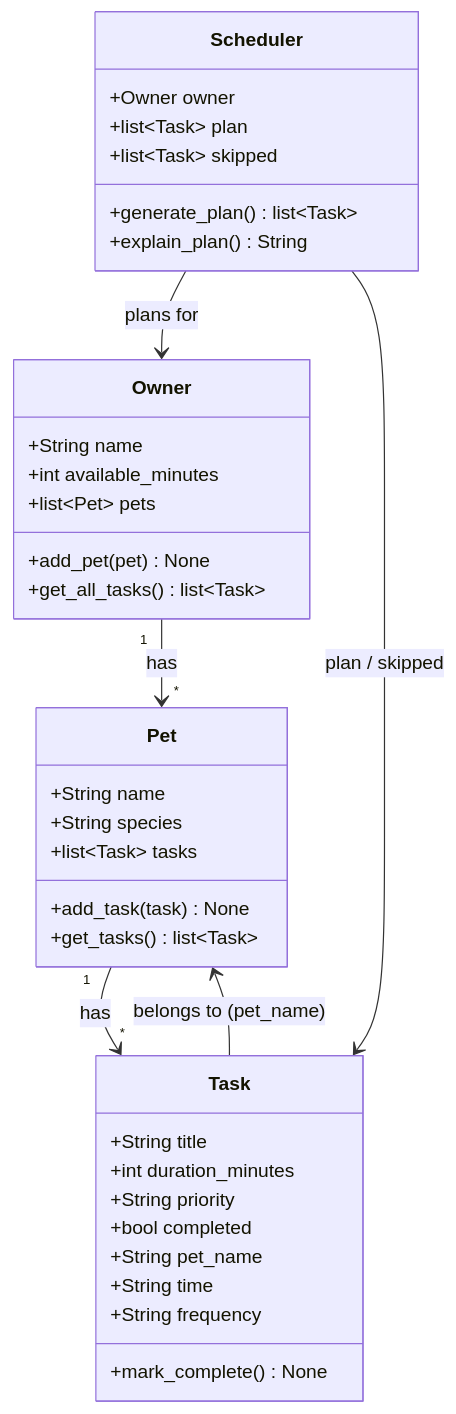
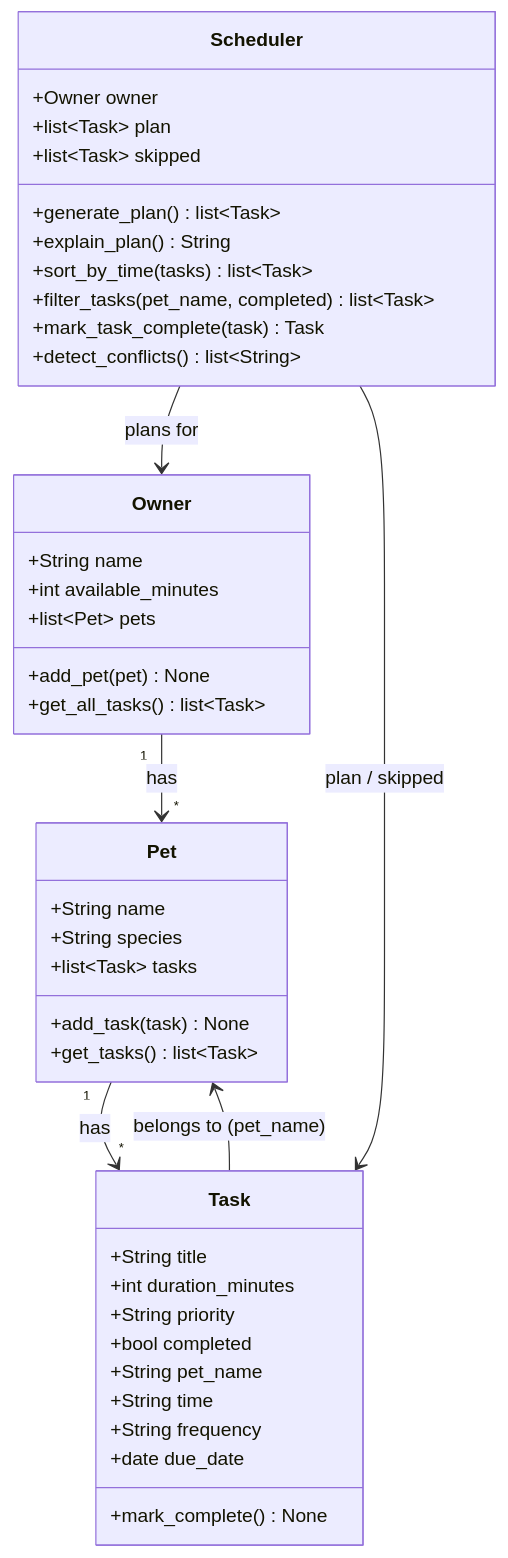
One commit to amberdemir/ai110-module2show-pawpal-starter changed the diagram in diagrams/uml_draft.mmd. Above: the diagram before and after it, drawn with Mermaid. The commit also changed 6 other files, not shown here.

```diff
--- a/diagrams/uml_draft.mmd
+++ b/diagrams/uml_draft.mmd
@@ -1,37 +1,42 @@
 classDiagram
   class Owner {
     +String name
     +int available_minutes
     +list~Pet~ pets
     +add_pet(pet) None
     +get_all_tasks() list~Task~
   }
   class Pet {
     +String name
     +String species
     +list~Task~ tasks
     +add_task(task) None
     +get_tasks() list~Task~
   }
   class Task {
     +String title
     +int duration_minutes
     +String priority
     +bool completed
     +String pet_name
     +String time
     +String frequency
+    +date due_date
     +mark_complete() None
   }
   class Scheduler {
     +Owner owner
     +list~Task~ plan
     +list~Task~ skipped
     +generate_plan() list~Task~
     +explain_plan() String
+    +sort_by_time(tasks) list~Task~
+    +filter_tasks(pet_name, completed) list~Task~
+    +mark_task_complete(task) Task
+    +detect_conflicts() list~String~
   }
   Owner "1" --> "*" Pet : has
   Pet "1" --> "*" Task : has
   Task --> Pet : belongs to (pet_name)
   Scheduler --> Owner : plans for
   Scheduler --> Task : plan / skipped
```
